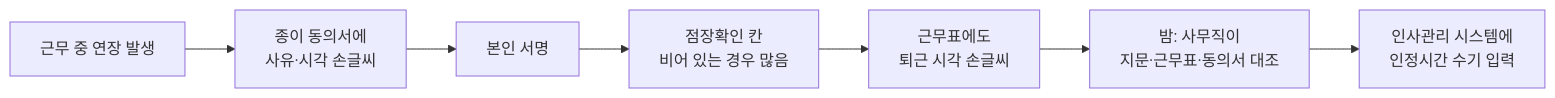
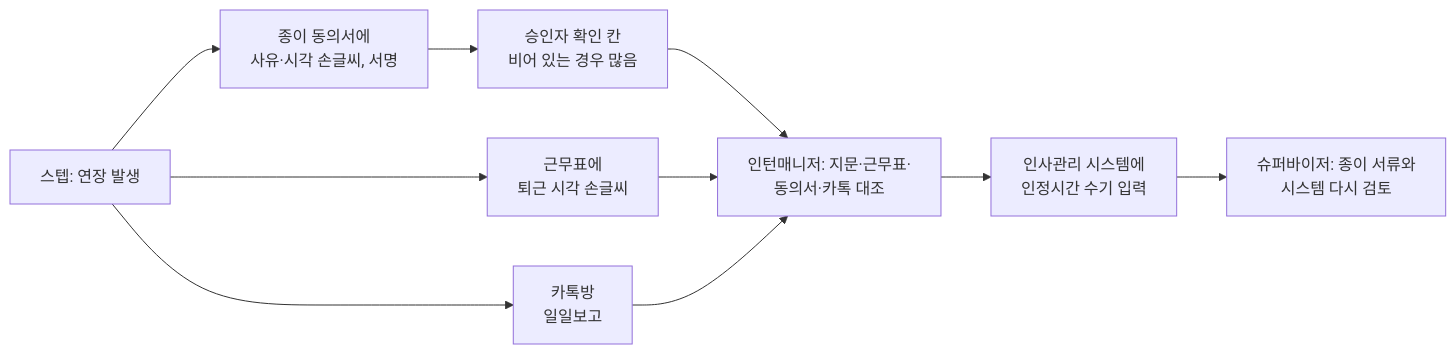
Before and after one commit to ahnbo2121/hello-hello: the first of 2 diagrams in docs/개선안-스케줄변경-전자결재.md, drawn with Mermaid. The commit also changed other lines of this file and 1 other file, not shown here.

````diff
--- a/docs/개선안-스케줄변경-전자결재.md
+++ b/docs/개선안-스케줄변경-전자결재.md
@@ -34,9 +38,12 @@
 ```mermaid
 flowchart LR
-  A[근무 중 연장 발생] --> B[종이 동의서에<br/>사유·시각 손글씨]
-  B --> C[본인 서명]
-  C --> D[점장확인 칸<br/>비어 있는 경우 많음]
-  D --> E[근무표에도<br/>퇴근 시각 손글씨]
-  E --> F[밤: 사무직이<br/>지문·근무표·동의서 대조]
-  F --> G[인사관리 시스템에<br/>인정시간 수기 입력]
+  A[스텝: 연장 발생] --> B[종이 동의서에<br/>사유·시각 손글씨, 서명]
+  A --> C[근무표에<br/>퇴근 시각 손글씨]
+  A --> K[카톡방<br/>일일보고]
+  B --> D[승인자 확인 칸<br/>비어 있는 경우 많음]
+  D --> E[인턴매니저: 지문·근무표·<br/>동의서·카톡 대조]
+  C --> E
+  K --> E
+  E --> F[인사관리 시스템에<br/>인정시간 수기 입력]
+  F --> G[슈퍼바이저: 종이 서류와<br/>시스템 다시 검토]
 ```
````
